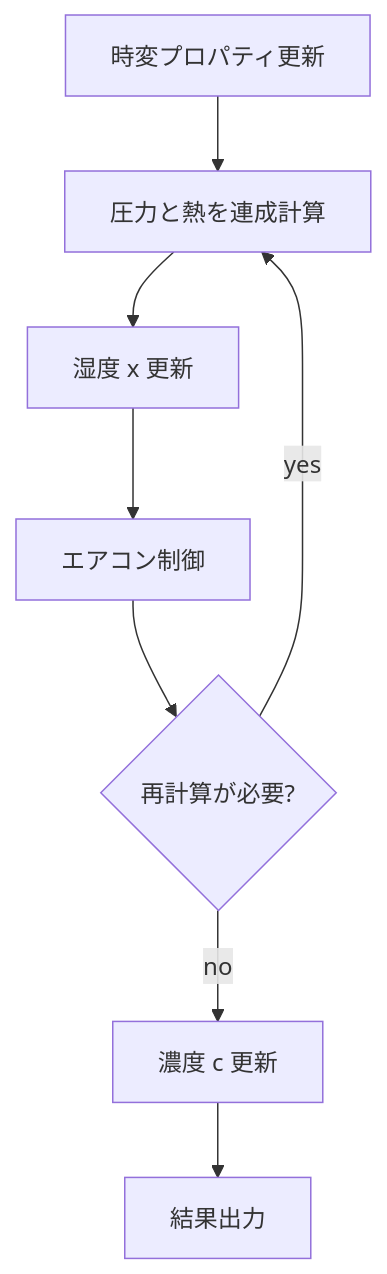
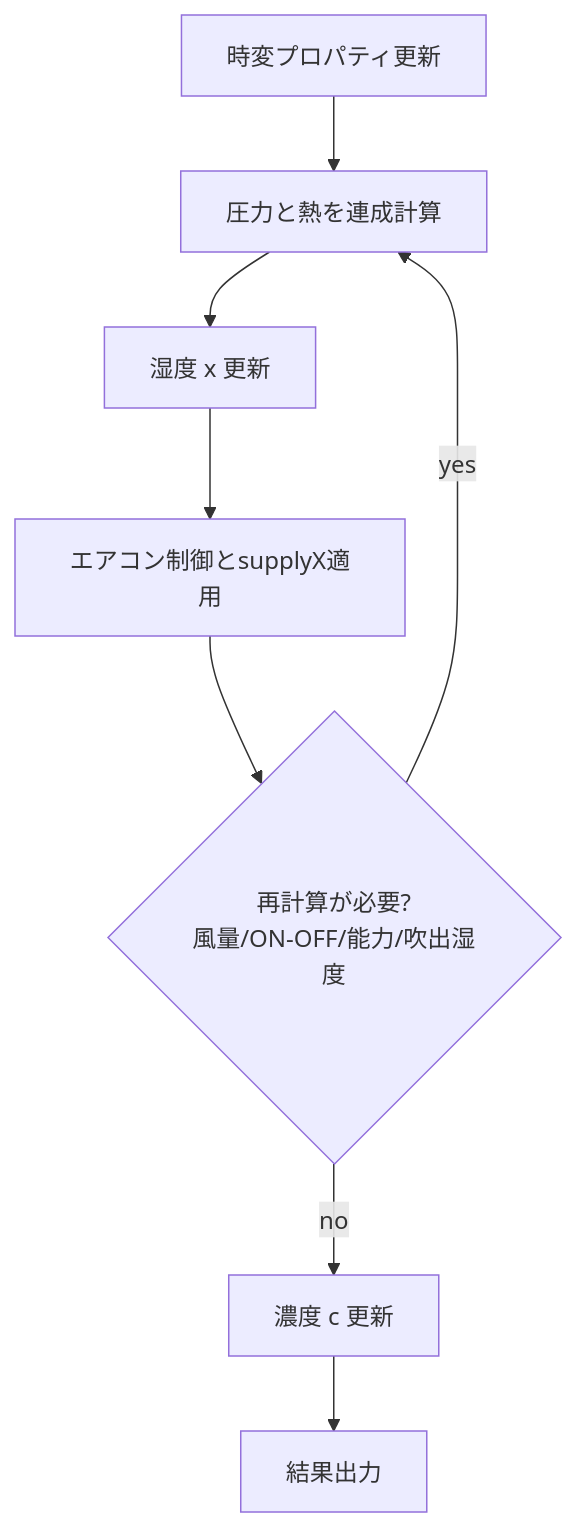
The diagram in engine/docs/aircon_control_overview.md (iguchi-lab/vtsimnx), drawn with Mermaid before and after one commit. The commit also changed other lines of this file and 20 other files, not shown here.

````diff
--- a/engine/docs/aircon_control_overview.md
+++ b/engine/docs/aircon_control_overview.md
@@ -43,18 +44,18 @@
 ```mermaid
 flowchart TD
     updateProps[時変プロパティ更新]
     coupledSolve[圧力と熱を連成計算]
     updateHumidity[湿度 x 更新]
-    airconControl[エアコン制御]
-    maybeRecompute{再計算が必要?}
+    airconControl[エアコン制御とsupplyX適用]
+    maybeRecompute{再計算が必要?<br/>風量/ON-OFF/能力/吹出湿度}
     updateConcentration[濃度 c 更新]
     writeResult[結果出力]
 
     updateProps --> coupledSolve
     coupledSolve --> updateHumidity
     updateHumidity --> airconControl
     airconControl --> maybeRecompute
     maybeRecompute -->|yes| coupledSolve
     maybeRecompute -->|no| updateConcentration
     updateConcentration --> writeResult
 ```
````
